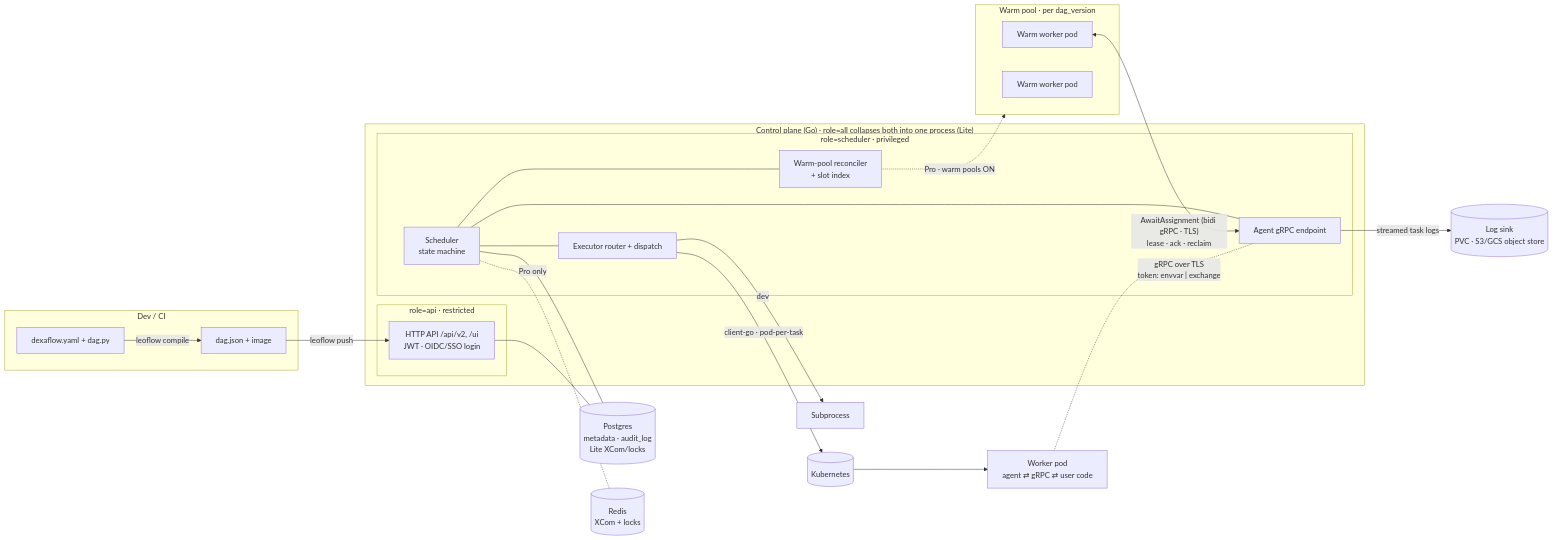
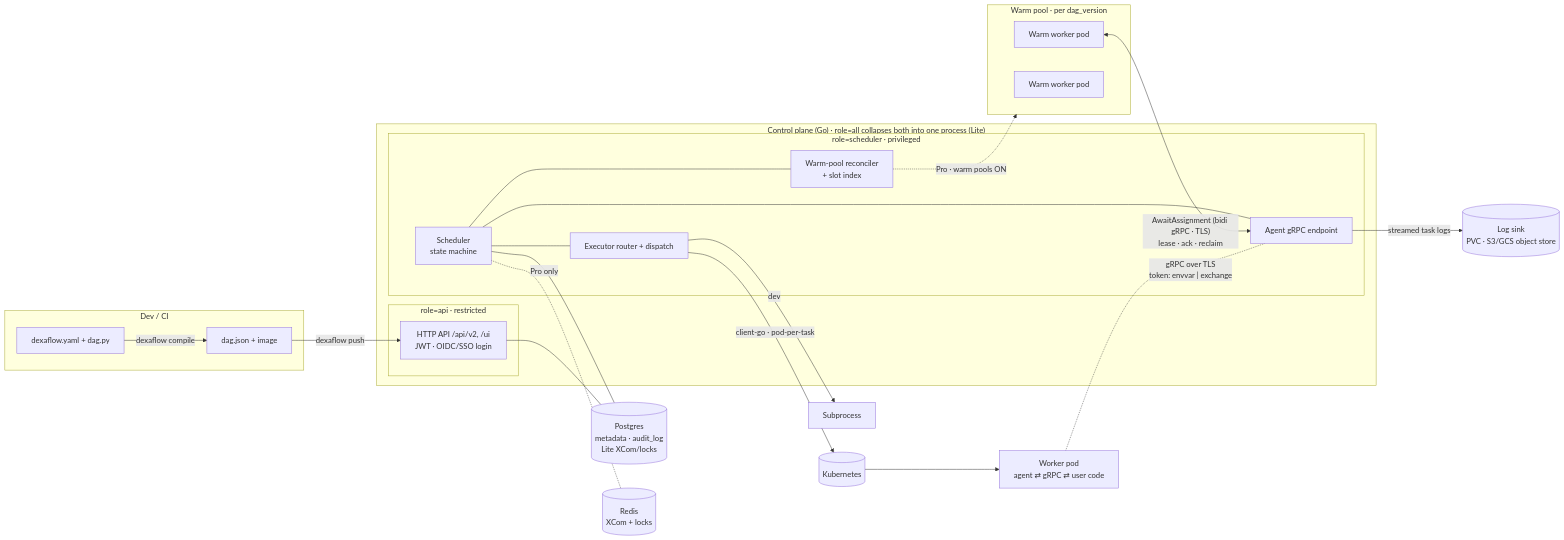
The first of 2 diagrams in website/content/concepts/architecture.md (dexadata/dexaflow), drawn with Mermaid before and after one commit. The commit also changed other lines of this file and 277 other files, not shown here.

Commit message:
docs: Dexaflow in the docs and README, with the name history and the leoflow compatibility note

````diff
--- a/website/content/concepts/architecture.md
+++ b/website/content/concepts/architecture.md
@@ -16,38 +16,38 @@
 ```mermaid
 flowchart LR
   subgraph Dev["Dev / CI"]
-    A[dexaflow.yaml + dag.py] -->|leoflow compile| B[dag.json + image]
+    A[dexaflow.yaml + dag.py] -->|dexaflow compile| B[dag.json + image]
   end
-  B -->|leoflow push| API
+  B -->|dexaflow push| API
 
   subgraph CP["Control plane (Go) · role=all collapses both into one process (Lite)"]
     subgraph APIR["role=api · restricted"]
       API[HTTP API /api/v2, /ui<br/>JWT · OIDC/SSO login]
     end
     subgraph SCHR["role=scheduler · privileged"]
       SCH[Scheduler<br/>state machine]
       EXR[Executor router + dispatch]
       REC[Warm-pool reconciler<br/>+ slot index]
       GRPC[Agent gRPC endpoint]
       SCH --- EXR
       SCH --- REC
       SCH --- GRPC
     end
   end
 
   EXR -->|"client-go · pod-per-task"| K8S[(Kubernetes)]
   EXR -->|dev| SUB[Subprocess]
   K8S --> POD[Worker pod<br/>agent ⇄ gRPC ⇄ user code]
   REC -. "Pro · warm pools ON" .-> WP
   subgraph WP["Warm pool · per dag_version"]
     W1[Warm worker pod]
     W2[Warm worker pod]
   end
   W1 <-->|"AwaitAssignment (bidi gRPC · TLS)<br/>lease · ack · reclaim"| GRPC
   POD -. "gRPC over TLS<br/>token: envvar | exchange" .- GRPC
   GRPC -->|streamed task logs| LOG[(Log sink<br/>PVC · S3/GCS object store)]
 
   API --- PG[(Postgres<br/>metadata · audit_log<br/>Lite XCom/locks)]
   SCH --- PG
   SCH -. Pro only .- RD[(Redis<br/>XCom + locks)]
 ```
````
